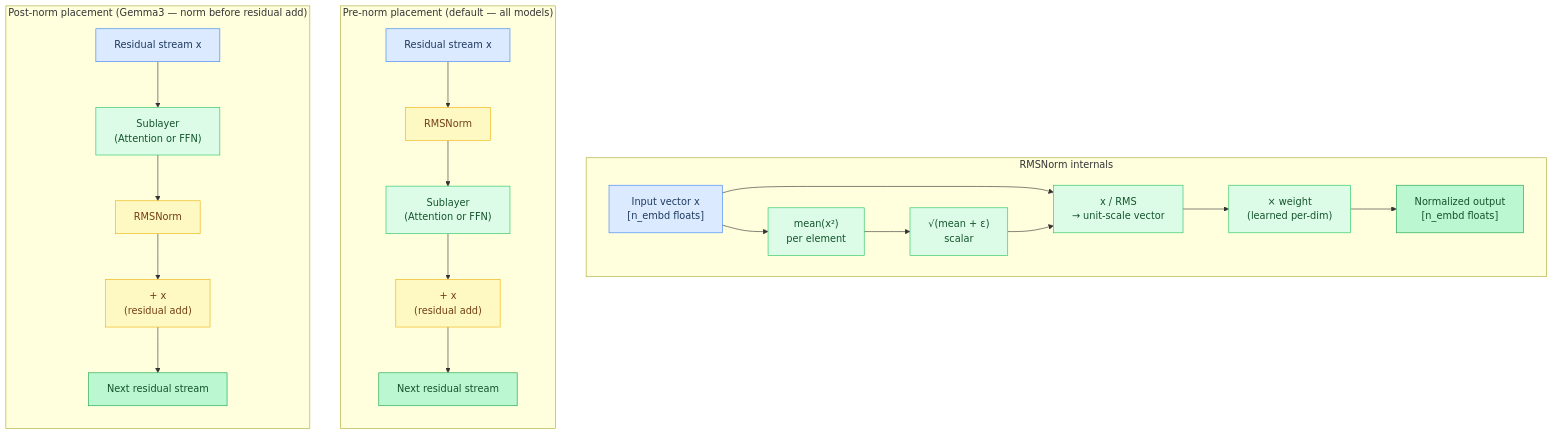
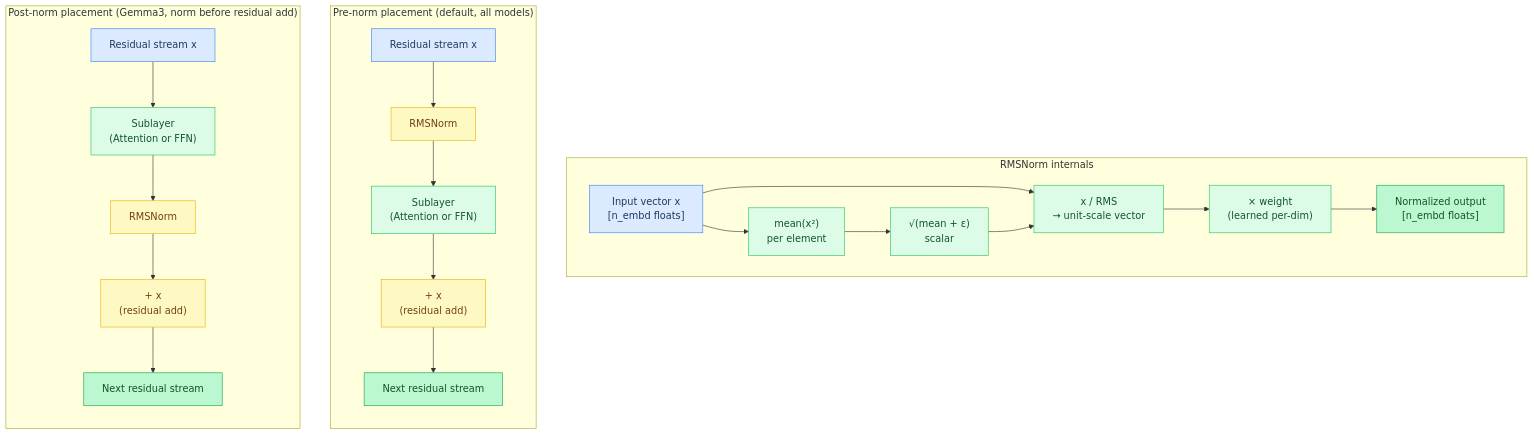
The eighth of 9 diagrams in docs/tutorial/02-the-transformer.md (maci0/agave), drawn with Mermaid before and after one commit. The commit also changed other lines of this file and 196 other files, not shown here.

````diff
--- a/docs/tutorial/02-the-transformer.md
+++ b/docs/tutorial/02-the-transformer.md
@@ -583,52 +583,52 @@
 ```mermaid
 flowchart TD
     classDef setup     fill:#dbeafe,stroke:#3b82f6,color:#1e3a5f
     classDef sync      fill:#dcfce7,stroke:#22c55e,color:#14532d
     classDef migration fill:#fef9c3,stroke:#eab308,color:#713f12
     classDef success   fill:#bbf7d0,stroke:#16a34a,color:#14532d
     classDef danger    fill:#fee2e2,stroke:#ef4444,color:#7f1d1d
     classDef optional  fill:#f3e8ff,stroke:#9333ea,color:#581c87
 
     X["Input vector x\n[n_embd floats]"]:::setup
     SqMean["mean(x²)\nper element"]:::sync
     RMS["√(mean + ε)\nscalar"]:::sync
     Divide["x / RMS\n→ unit-scale vector"]:::sync
     Scale["× weight\n(learned per-dim)"]:::sync
     Out["Normalized output\n[n_embd floats]"]:::success
     PNResid["Residual stream x"]:::setup
     PNNorm["RMSNorm"]:::migration
     PNSub["Sublayer\n(Attention or FFN)"]:::sync
     PNAdd["+ x\n(residual add)"]:::migration
     PNOut["Next residual stream"]:::success
     PoResid["Residual stream x"]:::setup
     PoSub["Sublayer\n(Attention or FFN)"]:::sync
     PoAdd["+ x\n(residual add)"]:::migration
     PoNorm["RMSNorm"]:::migration
     PoOut["Next residual stream"]:::success
 
     subgraph Internal["RMSNorm internals"]
         direction LR
         X --> SqMean
         SqMean --> RMS
         X --> Divide
         RMS --> Divide
         Divide --> Scale
         Scale --> Out
     end
 
-    subgraph PreNorm["Pre-norm placement (default — all models)"]
+    subgraph PreNorm["Pre-norm placement (default, all models)"]
         direction TB
         PNResid --> PNNorm
         PNNorm --> PNSub
         PNSub --> PNAdd
         PNAdd --> PNOut
     end
 
-    subgraph PostNorm["Post-norm placement (Gemma3 — norm before residual add)"]
+    subgraph PostNorm["Post-norm placement (Gemma3, norm before residual add)"]
         direction TB
         PoResid --> PoSub
         PoSub --> PoNorm
         PoNorm --> PoAdd
         PoAdd --> PoOut
     end
 ```
````
